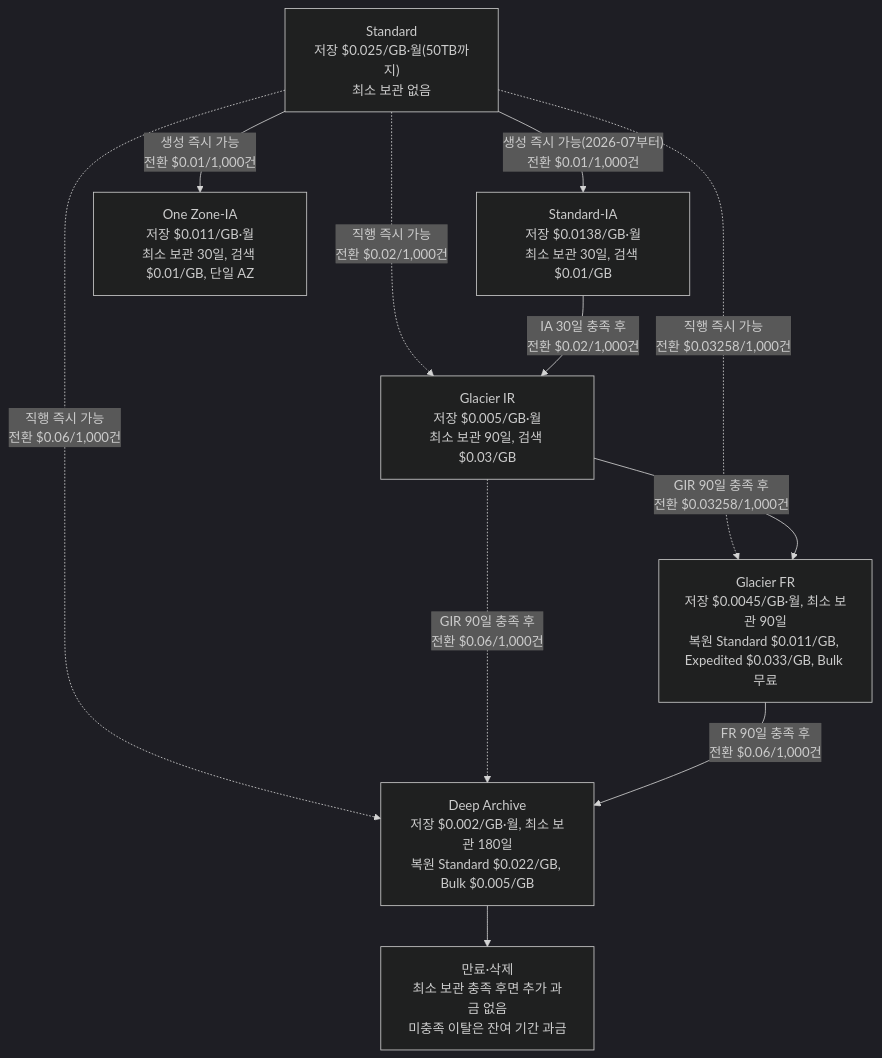
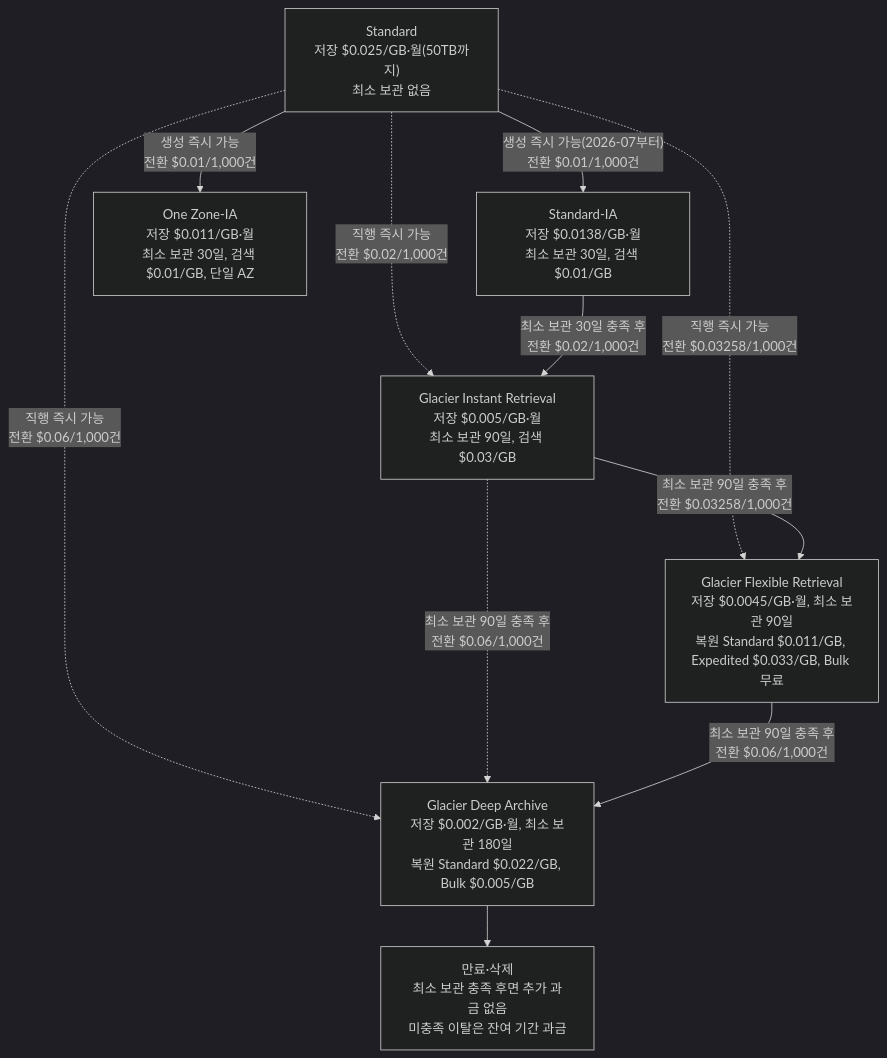
One commit to dotoryeee/blog changed the diagram in docs/blog/posts/Cloud Infra/s3_optimization.md. Above: the diagram before and after it, drawn with Mermaid (dark theme). The commit also changed other lines of this file, not shown here.

````diff
--- a/docs/blog/posts/Cloud Infra/s3_optimization.md
+++ b/docs/blog/posts/Cloud Infra/s3_optimization.md
@@ -82,20 +82,20 @@
 ```mermaid
 graph TD
     S["Standard<br>저장 $0.025/GB·월(50TB까지)<br>최소 보관 없음"]
     IA["Standard-IA<br>저장 $0.0138/GB·월<br>최소 보관 30일, 검색 $0.01/GB"]
     ZIA["One Zone-IA<br>저장 $0.011/GB·월<br>최소 보관 30일, 검색 $0.01/GB, 단일 AZ"]
-    GIR["Glacier IR<br>저장 $0.005/GB·월<br>최소 보관 90일, 검색 $0.03/GB"]
-    FR["Glacier FR<br>저장 $0.0045/GB·월, 최소 보관 90일<br>복원 Standard $0.011/GB, Expedited $0.033/GB, Bulk 무료"]
-    GDA["Deep Archive<br>저장 $0.002/GB·월, 최소 보관 180일<br>복원 Standard $0.022/GB, Bulk $0.005/GB"]
+    GIR["Glacier Instant Retrieval<br>저장 $0.005/GB·월<br>최소 보관 90일, 검색 $0.03/GB"]
+    FR["Glacier Flexible Retrieval<br>저장 $0.0045/GB·월, 최소 보관 90일<br>복원 Standard $0.011/GB, Expedited $0.033/GB, Bulk 무료"]
+    GDA["Glacier Deep Archive<br>저장 $0.002/GB·월, 최소 보관 180일<br>복원 Standard $0.022/GB, Bulk $0.005/GB"]
     DEL["만료·삭제<br>최소 보관 충족 후면 추가 과금 없음<br>미충족 이탈은 잔여 기간 과금"]
     S -->|"생성 즉시 가능(2026-07부터)<br>전환 $0.01/1,000건"| IA
     S -->|"생성 즉시 가능<br>전환 $0.01/1,000건"| ZIA
     S -.->|"직행 즉시 가능<br>전환 $0.02/1,000건"| GIR
     S -.->|"직행 즉시 가능<br>전환 $0.03258/1,000건"| FR
     S -.->|"직행 즉시 가능<br>전환 $0.06/1,000건"| GDA
-    IA -->|"IA 30일 충족 후<br>전환 $0.02/1,000건"| GIR
-    GIR -->|"GIR 90일 충족 후<br>전환 $0.03258/1,000건"| FR
-    GIR -.->|"GIR 90일 충족 후<br>전환 $0.06/1,000건"| GDA
-    FR -->|"FR 90일 충족 후<br>전환 $0.06/1,000건"| GDA
+    IA -->|"최소 보관 30일 충족 후<br>전환 $0.02/1,000건"| GIR
+    GIR -->|"최소 보관 90일 충족 후<br>전환 $0.03258/1,000건"| FR
+    GIR -.->|"최소 보관 90일 충족 후<br>전환 $0.06/1,000건"| GDA
+    FR -->|"최소 보관 90일 충족 후<br>전환 $0.06/1,000건"| GDA
     GDA --> DEL
 ```
````
